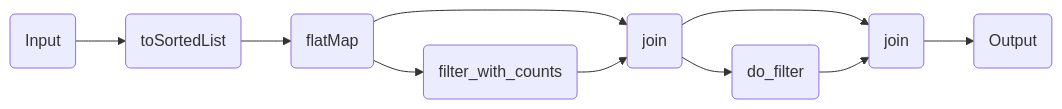
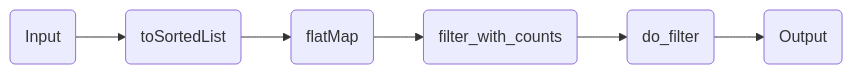
Before and after one commit to openpipelines-bio/website: the diagram in components/workflows/multiomics/prot_singlesample.qmd, drawn with Mermaid. The commit also changed other lines of this file and 15 other files, not shown here.

````diff
--- a/components/workflows/multiomics/prot_singlesample.qmd
+++ b/components/workflows/multiomics/prot_singlesample.qmd
@@ -114,22 +117,16 @@
 ```{mermaid}
 %%| column: screen-inset-shaded
 flowchart LR
     p0(Input)
     p3(toSortedList)
     p5(flatMap)
-    p15(join)
     p13(filter_with_counts)
-    p25(join)
     p23(do_filter)
     p32(Output)
     p0-->p3
     p3-->p5
-    p5-->p15
     p5-->p13
-    p13-->p15
-    p15-->p25
-    p15-->p23
-    p23-->p25
-    p25-->p32
+    p13-->p23
+    p23-->p32
 
 ```
````
